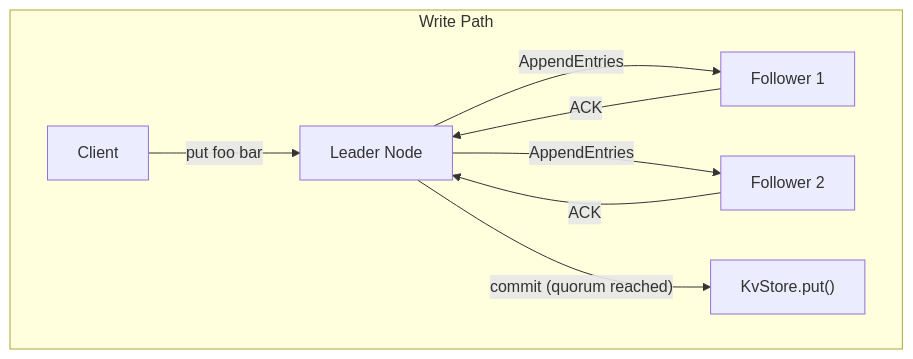
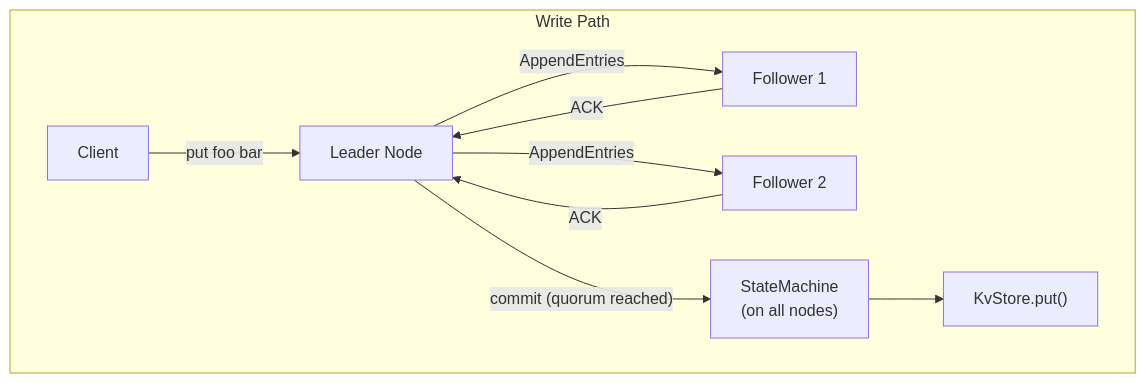
One commit to alexandernicholson/barkeeper changed the second of 2 diagrams in docs/deployment.md. Above: the diagram before and after it, drawn with Mermaid. The commit also changed other lines of this file and 112 other files, not shown here.

````diff
--- a/docs/deployment.md
+++ b/docs/deployment.md
@@ -133,11 +133,12 @@
 ```mermaid
 graph TD
     subgraph Write_Path["Write Path"]
         C["Client"] -->|"put foo bar"| L["Leader Node"]
         L -->|"AppendEntries"| F1["Follower 1"]
         L -->|"AppendEntries"| F2["Follower 2"]
         F1 -->|"ACK"| L
         F2 -->|"ACK"| L
-        L -->|"commit (quorum reached)"| KV["KvStore.put()"]
+        L -->|"commit (quorum reached)"| SM["StateMachine<br>(on all nodes)"]
+        SM --> KV["KvStore.put()"]
     end
 ```
````
